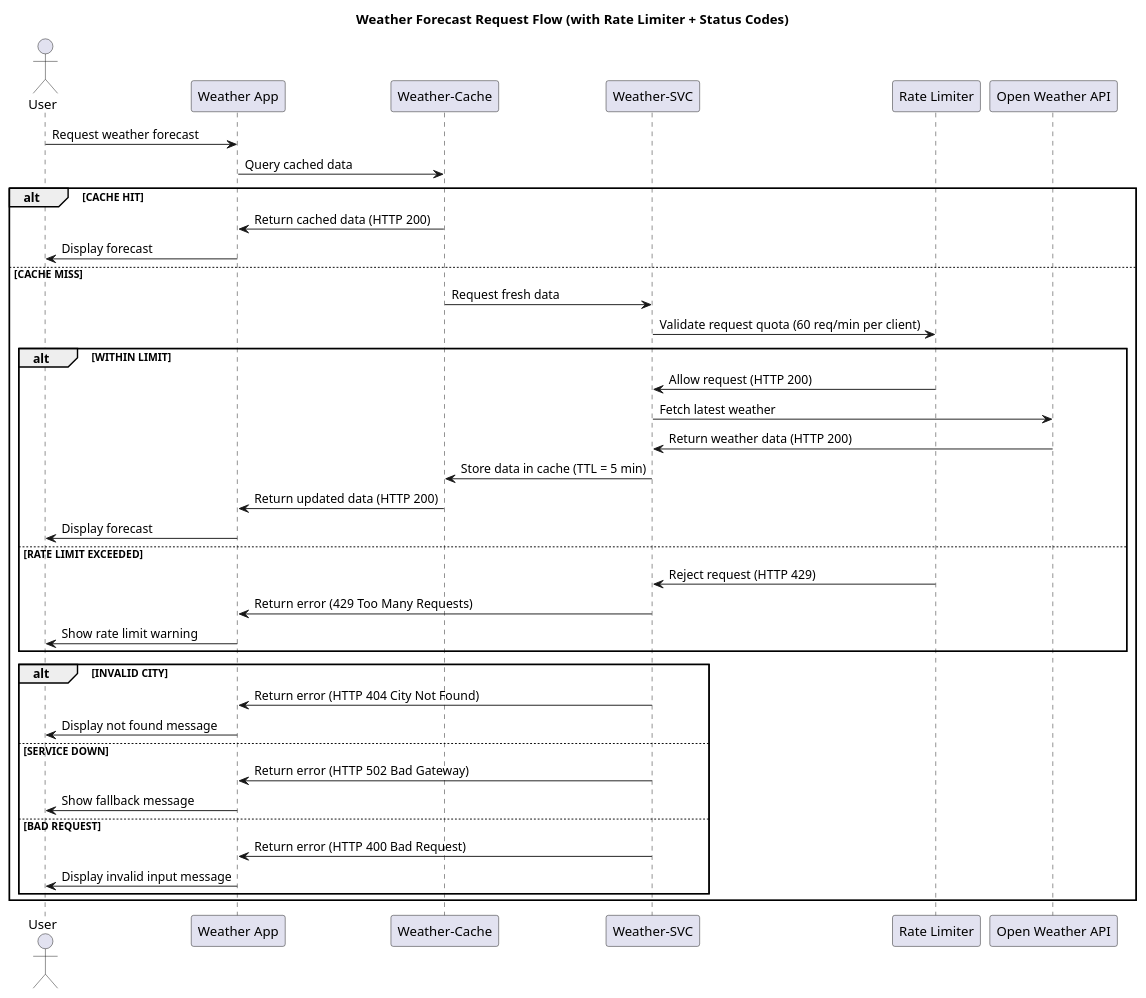
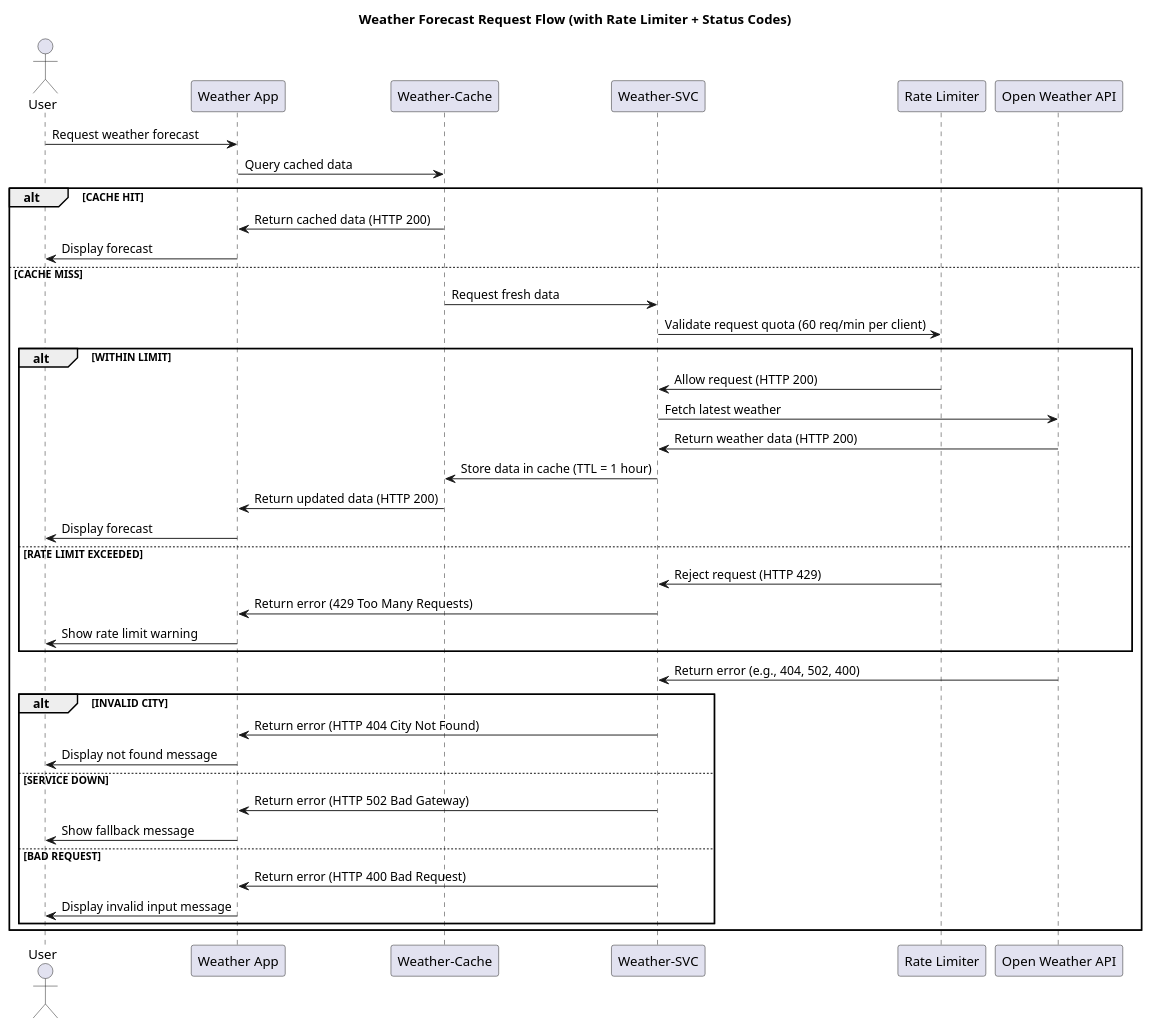
One commit to shivamnamdeo0101/weather-app changed the diagram in SequenceAPIDig.puml. Above: the diagram before and after it, drawn with PlantUML.

Commit message:
cache-svc puml updated

```diff
--- a/SequenceAPIDig.puml
+++ b/SequenceAPIDig.puml
@@ -1,45 +1,47 @@
 @startuml
 title Weather Forecast Request Flow (with Rate Limiter + Status Codes)
 
 actor User
 participant "Weather App" as app
 participant "Weather-Cache" as cache
 participant "Weather-SVC" as svc
 participant "Rate Limiter" as limiter
 participant "Open Weather API" as api
 
 User -> app: Request weather forecast
 app -> cache: Query cached data
 
 alt CACHE HIT
     cache -> app: Return cached data (HTTP 200)
     app -> User: Display forecast
 else CACHE MISS
     cache -> svc: Request fresh data
     svc -> limiter: Validate request quota (60 req/min per client)
 
     alt WITHIN LIMIT
         limiter -> svc: Allow request (HTTP 200)
         svc -> api: Fetch latest weather
         api -> svc: Return weather data (HTTP 200)
-        svc -> cache: Store data in cache (TTL = 5 min)
+        svc -> cache: Store data in cache (TTL = 1 hour)
         cache -> app: Return updated data (HTTP 200)
         app -> User: Display forecast
     else RATE LIMIT EXCEEDED
         limiter -> svc: Reject request (HTTP 429)
         svc -> app: Return error (429 Too Many Requests)
         app -> User: Show rate limit warning
     end
+
+    api -> svc: Return error (e.g., 404, 502, 400)
 
     alt INVALID CITY
         svc -> app: Return error (HTTP 404 City Not Found)
         app -> User: Display not found message
     else SERVICE DOWN
         svc -> app: Return error (HTTP 502 Bad Gateway)
         app -> User: Show fallback message
     else BAD REQUEST
         svc -> app: Return error (HTTP 400 Bad Request)
         app -> User: Display invalid input message
     end
 end
 @enduml
```
